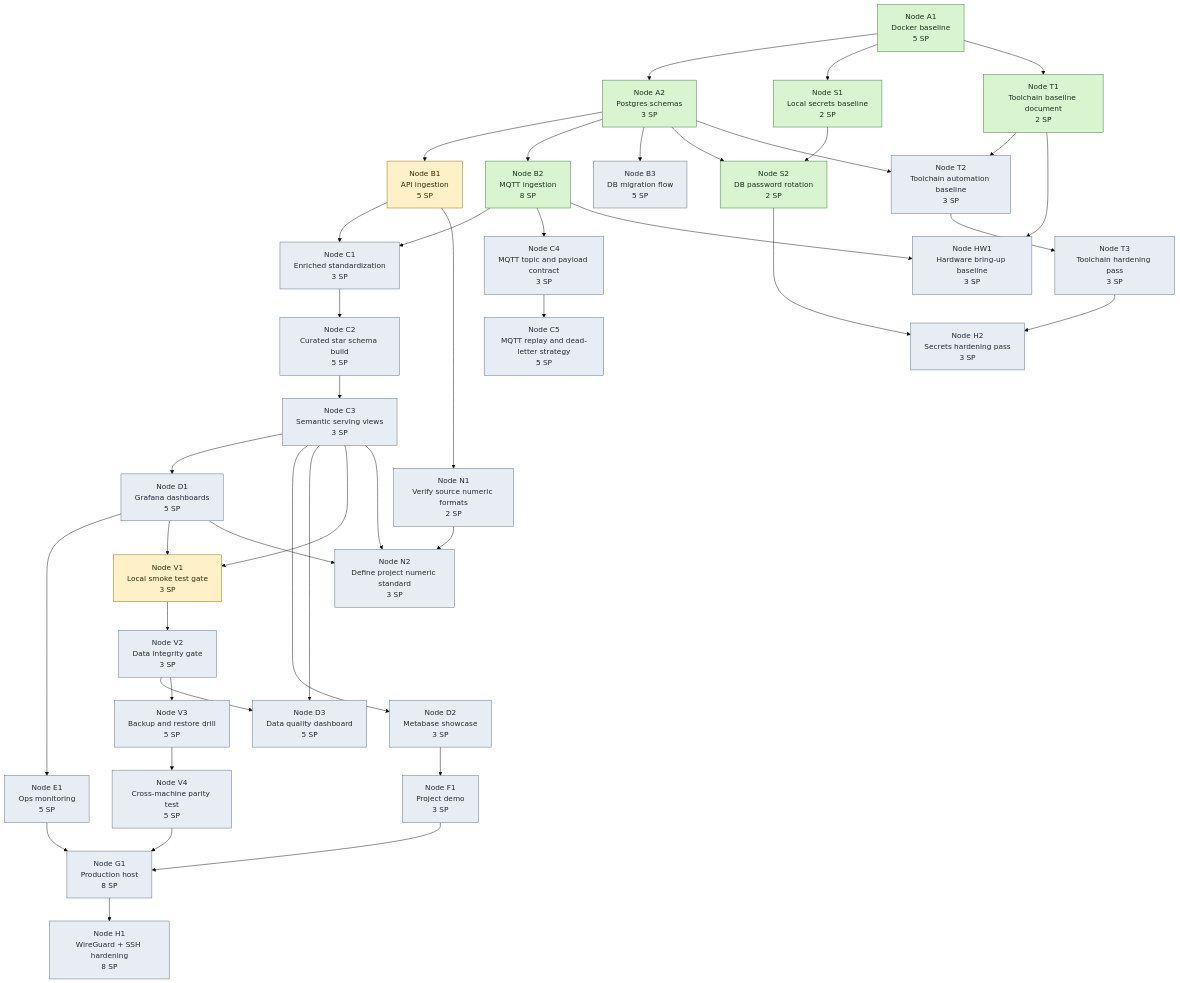
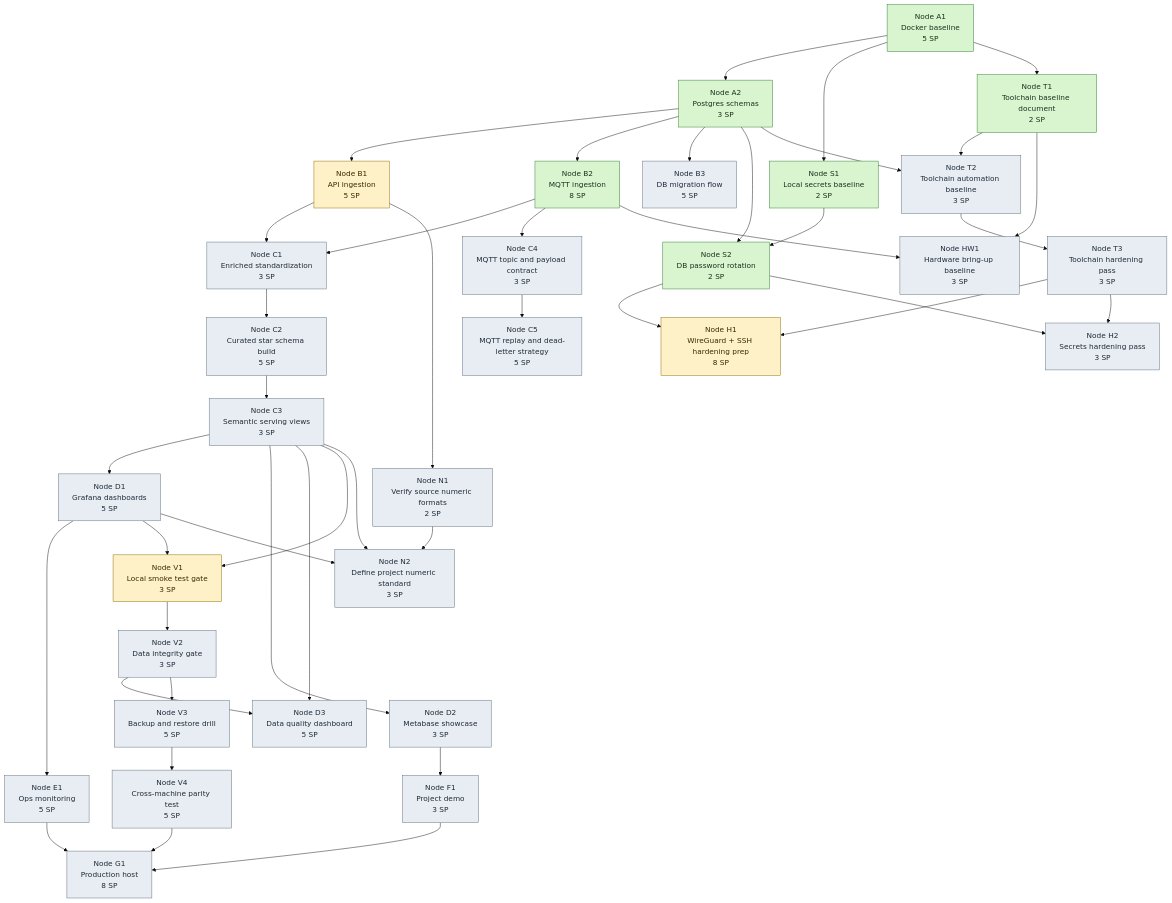
Before and after one commit to EnTekLasse/commons-anchor: the diagram in docs/architecture/diagrams/tech-tree.mmd, drawn with Mermaid (base theme). The commit also changed 4 other files, not shown here.

```diff
--- a/docs/architecture/diagrams/tech-tree.mmd
+++ b/docs/architecture/diagrams/tech-tree.mmd
@@ -1,107 +1,108 @@
 %% AUTO-GENERATED FROM docs/architecture/diagram-model.json
 flowchart TD
   A1[Node A1<br/>Docker baseline<br/>5 SP]
   A2[Node A2<br/>Postgres schemas<br/>3 SP]
   B1[Node B1<br/>API ingestion<br/>5 SP]
   B2[Node B2<br/>MQTT ingestion<br/>8 SP]
   B3[Node B3<br/>DB migration flow<br/>5 SP]
   C1[Node C1<br/>Enriched standardization<br/>3 SP]
   C2[Node C2<br/>Curated star schema build<br/>5 SP]
   C3[Node C3<br/>Semantic serving views<br/>3 SP]
   C4[Node C4<br/>MQTT topic and payload contract<br/>3 SP]
   C5[Node C5<br/>MQTT replay and dead-letter strategy<br/>5 SP]
   D1[Node D1<br/>Grafana dashboards<br/>5 SP]
   D2[Node D2<br/>Metabase showcase<br/>3 SP]
   D3[Node D3<br/>Data quality dashboard<br/>5 SP]
   E1[Node E1<br/>Ops monitoring<br/>5 SP]
   F1[Node F1<br/>Project demo<br/>3 SP]
   V1[Node V1<br/>Local smoke test gate<br/>3 SP]
   V2[Node V2<br/>Data integrity gate<br/>3 SP]
   V3[Node V3<br/>Backup and restore drill<br/>5 SP]
   V4[Node V4<br/>Cross-machine parity test<br/>5 SP]
   G1[Node G1<br/>Production host<br/>8 SP]
   S1[Node S1<br/>Local secrets baseline<br/>2 SP]
   S2[Node S2<br/>DB password rotation<br/>2 SP]
   N1[Node N1<br/>Verify source numeric formats<br/>2 SP]
   N2[Node N2<br/>Define project numeric standard<br/>3 SP]
-  H1[Node H1<br/>WireGuard + SSH hardening<br/>8 SP]
+  H1[Node H1<br/>WireGuard + SSH hardening prep<br/>8 SP]
   H2[Node H2<br/>Secrets hardening pass<br/>3 SP]
   T1[Node T1<br/>Toolchain baseline document<br/>2 SP]
   T2[Node T2<br/>Toolchain automation baseline<br/>3 SP]
   T3[Node T3<br/>Toolchain hardening pass<br/>3 SP]
   HW1[Node HW1<br/>Hardware bring-up baseline<br/>3 SP]
 
   A1 --> A2
   A2 --> B1
   A2 --> B2
   A2 --> B3
   B1 --> C1
   B2 --> C1
   C1 --> C2
   C2 --> C3
   B2 --> C4
   C4 --> C5
   C3 --> D1
   C3 --> D2
   C3 --> D3
   V2 --> D3
   D1 --> E1
   D2 --> F1
   C3 --> V1
   D1 --> V1
   V1 --> V2
   V2 --> V3
   V3 --> V4
   E1 --> G1
   F1 --> G1
   V4 --> G1
   A1 --> S1
   S1 --> S2
   A2 --> S2
   B1 --> N1
   N1 --> N2
   C3 --> N2
   D1 --> N2
-  G1 --> H1
+  S2 --> H1
+  T3 --> H1
   S2 --> H2
   T3 --> H2
   A1 --> T1
   T1 --> T2
   A2 --> T2
   T2 --> T3
   B2 --> HW1
   T1 --> HW1
 
   classDef done fill:#d8f5d0,stroke:#2f7a2f,stroke-width:1px,color:#1c311c
   classDef inProgress fill:#fff1c7,stroke:#8a6a00,stroke-width:1px,color:#3a2a00
   classDef backlog fill:#e8edf3,stroke:#5a6b7d,stroke-width:1px,color:#1f2b38
   class A1 done
   class A2 done
   class B1 inProgress
   class B2 done
   class B3 backlog
   class C1 backlog
   class C2 backlog
   class C3 backlog
   class C4 backlog
   class C5 backlog
   class D1 backlog
   class D2 backlog
   class D3 backlog
   class E1 backlog
   class F1 backlog
   class V1 inProgress
   class V2 backlog
   class V3 backlog
   class V4 backlog
   class G1 backlog
   class S1 done
   class S2 done
   class N1 backlog
   class N2 backlog
-  class H1 backlog
+  class H1 inProgress
   class H2 backlog
   class T1 done
   class T2 backlog
   class T3 backlog
   class HW1 backlog
```
